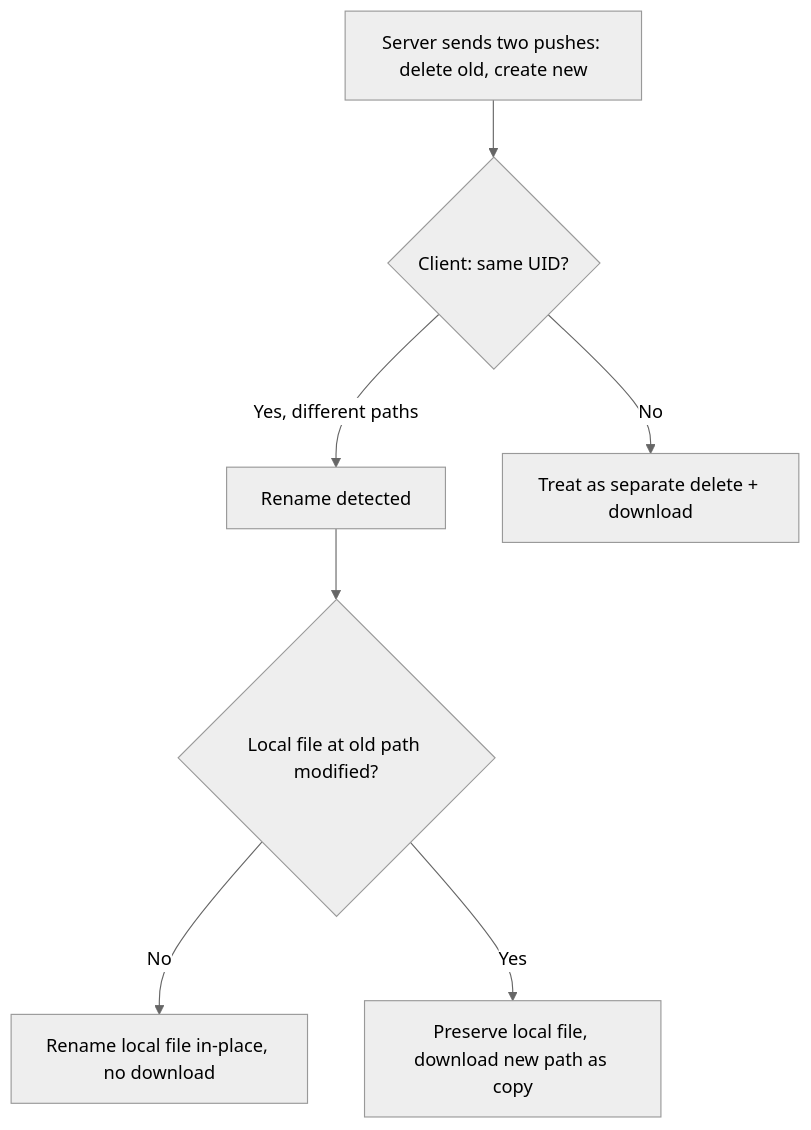
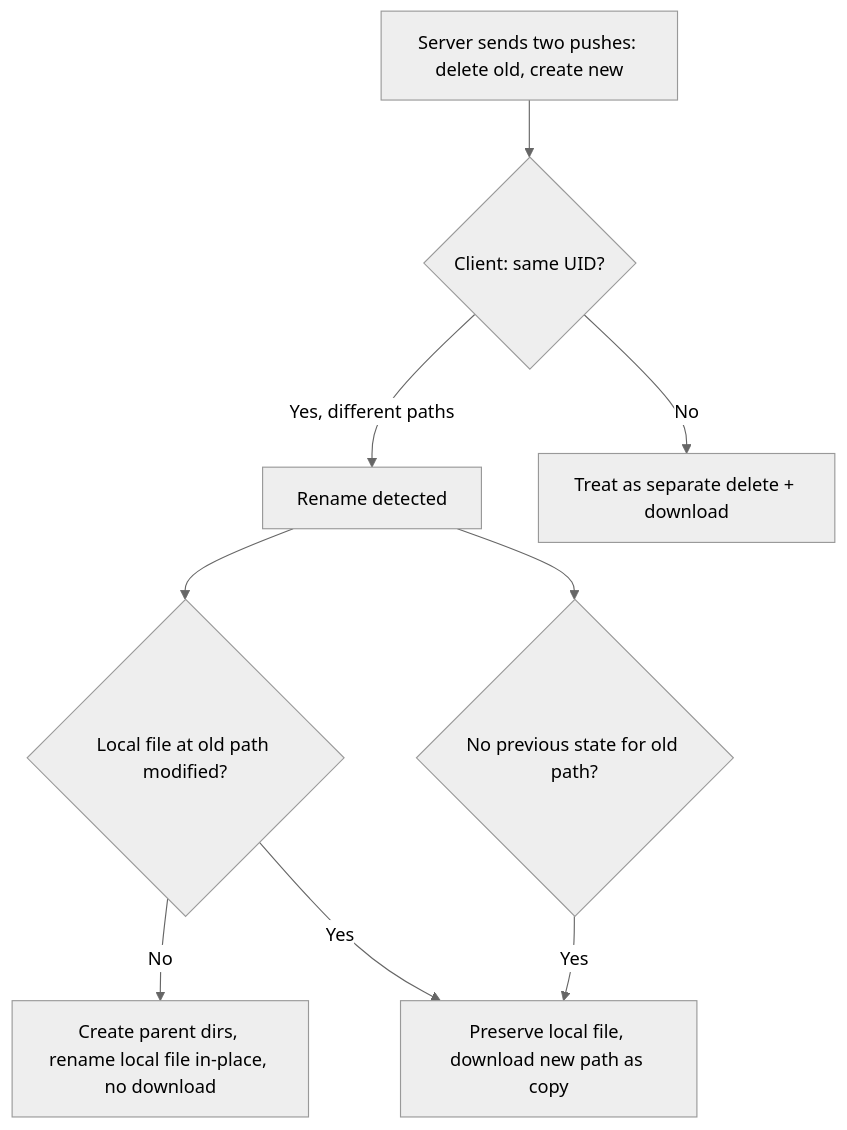
The diagram in website/src/architecture/sync-protocol.md (Belphemur/obsidian-headless), drawn with Mermaid (neutral theme) before and after one commit. The commit also changed other lines of this file and 1 other file, not shown here.

Commit message:
docs: update architecture docs for rename fixups (MkdirAll, missing-state guard, single-pass loop)

````diff
--- a/website/src/architecture/sync-protocol.md
+++ b/website/src/architecture/sync-protocol.md
@@ -245,9 +244,11 @@
 ```mermaid
 flowchart TD
     A[Server sends two pushes: delete old, create new] --> B{Client: same UID?}
     B -->|Yes, different paths| C[Rename detected]
     B -->|No| D[Treat as separate delete + download]
     C --> E{Local file at old path modified?}
-    E -->|No| F[Rename local file in-place, no download]
+    E -->|No| F[Create parent dirs, rename local file in-place, no download]
     E -->|Yes| G[Preserve local file, download new path as copy]
+    C --> H{No previous state for old path?}
+    H -->|Yes| G
 ```
````
